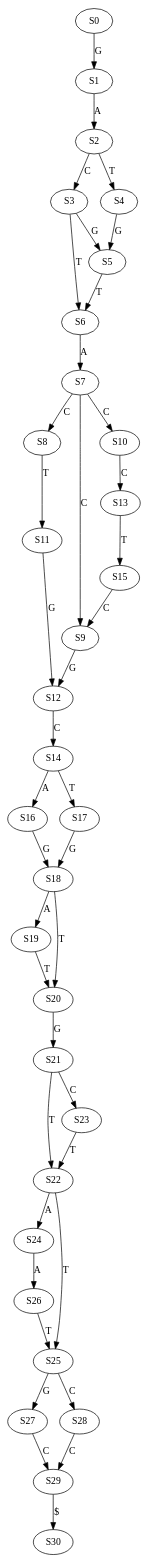
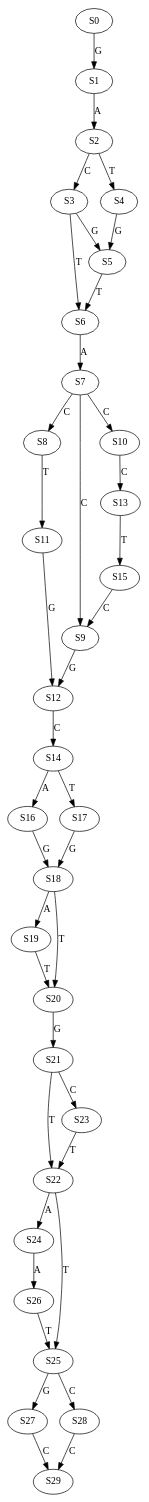
The diagram in graph/RevDetGraph/RevDet_a3.dot (Kuanhao-Chao/Wheeler_Graph_Toolkit), drawn with Graphviz before and after one commit. The commit also changed 33 other files, not shown here.

Commit message:
Fix Wheeler graph missing conditions: need to check all edge pairs in both directions

```diff
--- a/graph/RevDetGraph/RevDet_a3.dot
+++ b/graph/RevDetGraph/RevDet_a3.dot
@@ -1,41 +1,40 @@
 strict digraph  {
 	S0 -> S1 [ label = G ];
 	S1 -> S2 [ label = A ];
 	S2 -> S3 [ label = C ];
 	S2 -> S4 [ label = T ];
 	S3 -> S5 [ label = G ];
 	S3 -> S6 [ label = T ];
 	S4 -> S5 [ label = G ];
 	S5 -> S6 [ label = T ];
 	S6 -> S7 [ label = A ];
 	S7 -> S8 [ label = C ];
 	S7 -> S9 [ label = C ];
 	S7 -> S10 [ label = C ];
 	S8 -> S11 [ label = T ];
 	S9 -> S12 [ label = G ];
 	S10 -> S13 [ label = C ];
 	S11 -> S12 [ label = G ];
 	S12 -> S14 [ label = C ];
 	S13 -> S15 [ label = T ];
 	S14 -> S16 [ label = A ];
 	S14 -> S17 [ label = T ];
 	S15 -> S9 [ label = C ];
 	S16 -> S18 [ label = G ];
 	S17 -> S18 [ label = G ];
 	S18 -> S19 [ label = A ];
 	S18 -> S20 [ label = T ];
 	S19 -> S20 [ label = T ];
 	S20 -> S21 [ label = G ];
 	S21 -> S22 [ label = T ];
 	S21 -> S23 [ label = C ];
 	S22 -> S24 [ label = A ];
 	S22 -> S25 [ label = T ];
 	S23 -> S22 [ label = T ];
 	S24 -> S26 [ label = A ];
 	S25 -> S27 [ label = G ];
 	S25 -> S28 [ label = C ];
 	S26 -> S25 [ label = T ];
 	S27 -> S29 [ label = C ];
 	S28 -> S29 [ label = C ];
-	S29 -> S30 [ label = "$" ];
 }
```
